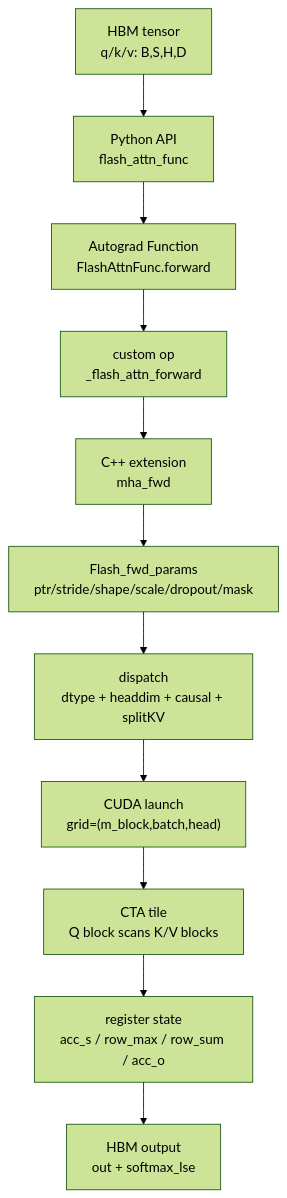
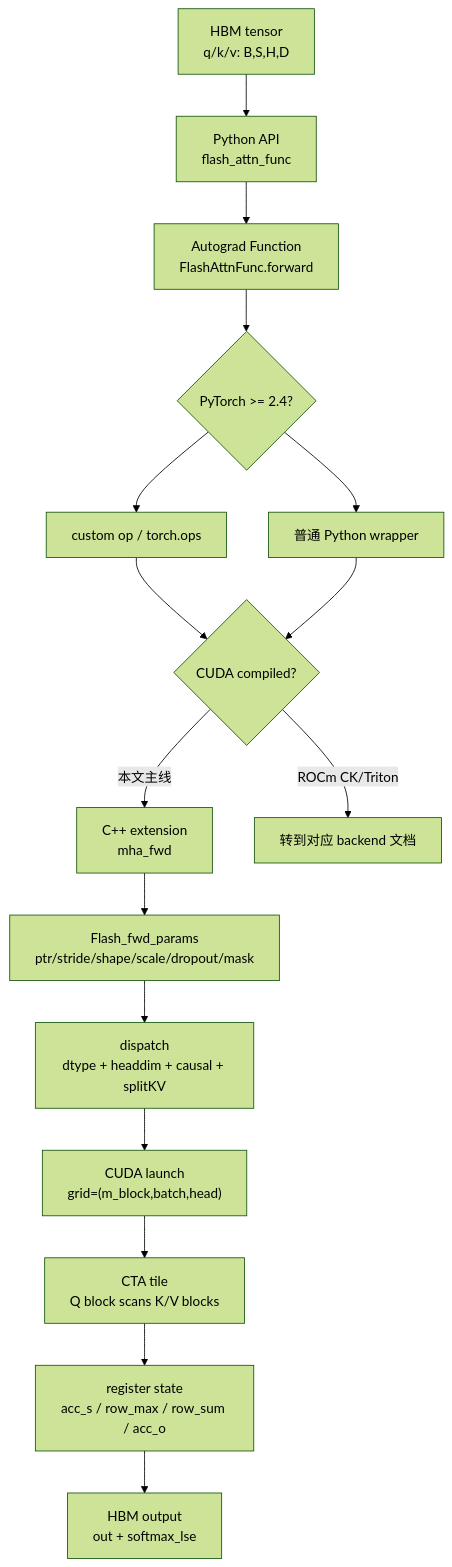
Before and after one commit to OnlyHero5/sglang-reading-vault: the diagram in flash-attn_reading/导读与总览/FlashAttention-前向全链路.md, drawn with Mermaid (forest theme). The commit also changed other lines of this file and 512 other files, not shown here.

````diff
--- a/flash-attn_reading/导读与总览/FlashAttention-前向全链路.md
+++ b/flash-attn_reading/导读与总览/FlashAttention-前向全链路.md
@@ -56,15 +56,22 @@
 ```mermaid
 flowchart TB
     QKV["HBM tensor<br/>q/k/v: B,S,H,D"]
     API["Python API<br/>flash_attn_func"]
     AUTO["Autograd Function<br/>FlashAttnFunc.forward"]
-    OP["custom op<br/>_flash_attn_forward"]
+    VER{"PyTorch >= 2.4?"}
+    OP["custom op / torch.ops"]
+    DIRECT["普通 Python wrapper"]
+    BACKEND{"CUDA compiled?"}
     CPP["C++ extension<br/>mha_fwd"]
     PARAM["Flash_fwd_params<br/>ptr/stride/shape/scale/dropout/mask"]
     DISPATCH["dispatch<br/>dtype + headdim + causal + splitKV"]
     LAUNCH["CUDA launch<br/>grid=(m_block,batch,head)"]
     TILE["CTA tile<br/>Q block scans K/V blocks"]
     REG["register state<br/>acc_s / row_max / row_sum / acc_o"]
     OUT["HBM output<br/>out + softmax_lse"]
-    QKV --> API --> AUTO --> OP --> CPP --> PARAM --> DISPATCH --> LAUNCH --> TILE --> REG --> OUT
+    QKV --> API --> AUTO --> VER
+    VER --> OP --> BACKEND
+    VER --> DIRECT --> BACKEND
+    BACKEND -->|本文主线| CPP --> PARAM --> DISPATCH --> LAUNCH --> TILE --> REG --> OUT
+    BACKEND -->|ROCm CK/Triton| OTHER["转到对应 backend 文档"]
 ```
````
